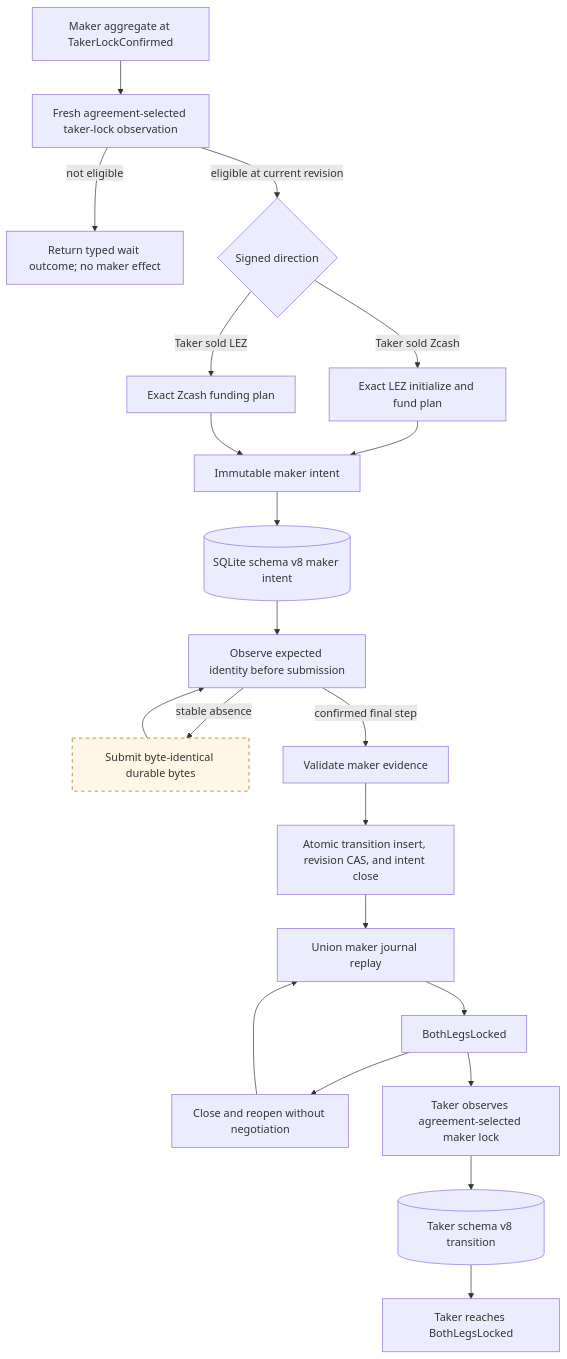
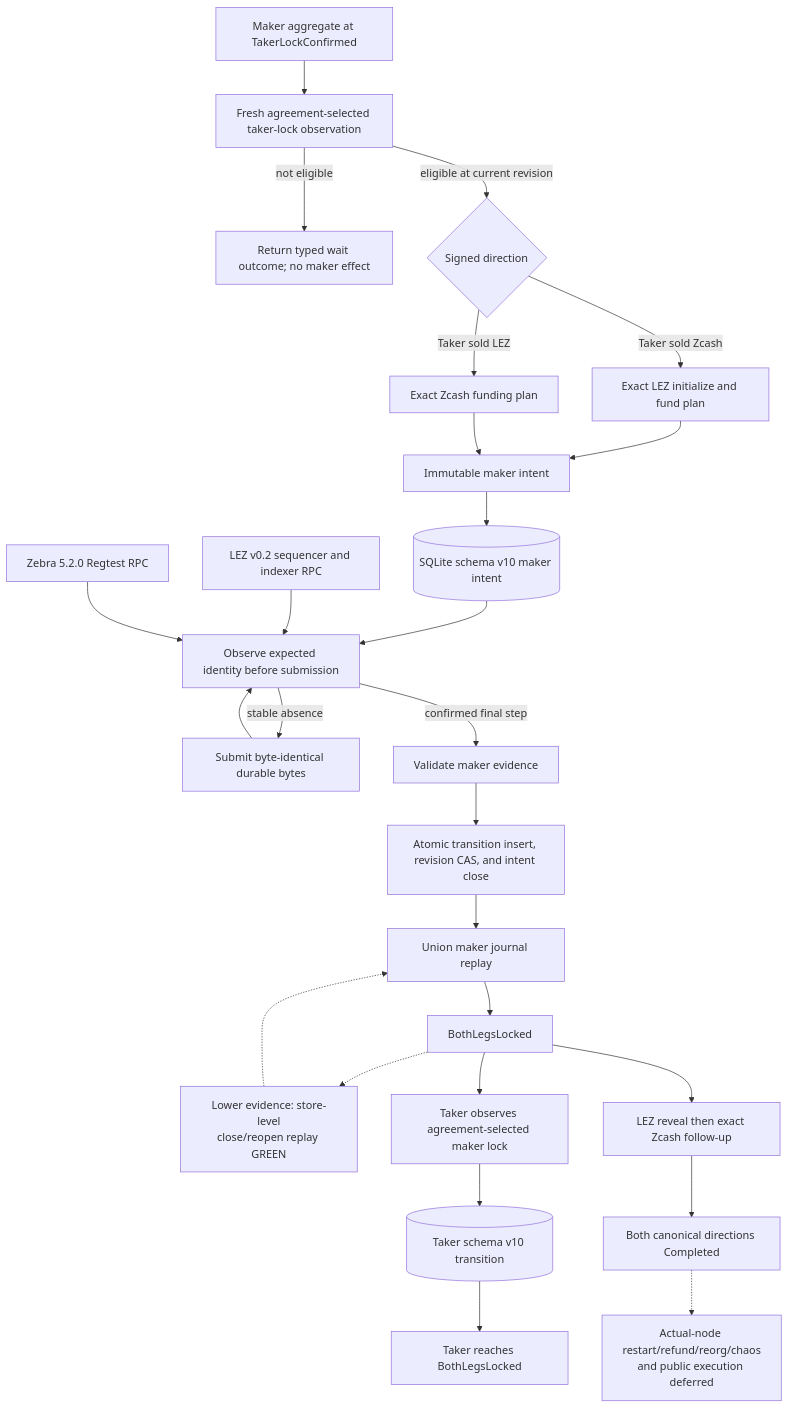
One commit to gateway-fm/lez-atomic-swaps changed the diagram in docs/architecture/0020-durable-maker-second-lock.md. Above: the diagram before and after it, drawn with Mermaid. The commit also changed other lines of this file and 12 other files, not shown here.

Commit message:
docs: reconcile M2 architecture with canonical evidence

````diff
--- a/docs/architecture/0020-durable-maker-second-lock.md
+++ b/docs/architecture/0020-durable-maker-second-lock.md
@@ -7,26 +5,29 @@
 ```mermaid
 flowchart TB
     Head["Maker aggregate at TakerLockConfirmed"] --> Fresh["Fresh agreement-selected taker-lock observation"]
     Fresh -->|"not eligible"| Wait["Return typed wait outcome; no maker effect"]
     Fresh -->|"eligible at current revision"| Plan{"Signed direction"}
-    Plan -->|"Taker sold Zcash"| Lez["Exact LEZ initialize and fund plan"]
+    Plan -->|"Taker sold Zcash"| LezPlan["Exact LEZ initialize and fund plan"]
     Plan -->|"Taker sold LEZ"| Zec["Exact Zcash funding plan"]
-    Lez --> Intent["Immutable maker intent"]
+    LezPlan --> Intent["Immutable maker intent"]
     Zec --> Intent
-    Intent --> Store[("SQLite schema v8 maker intent")]
+    Intent --> Store[("SQLite schema v10 maker intent")]
     Store --> Observe["Observe expected identity before submission"]
     Observe -->|"stable absence"| Submit["Submit byte-identical durable bytes"]
     Observe -->|"confirmed final step"| Project["Validate maker evidence"]
     Submit --> Observe
     Project --> Atomic["Atomic transition insert, revision CAS, and intent close"]
     Atomic --> Journal["Union maker journal replay"]
     Journal --> Both["BothLegsLocked"]
-    Both --> Restart["Close and reopen without negotiation"]
+    Both -.-> StoreReplay["Lower evidence: store-level<br/>close/reopen replay GREEN"]
     Both --> Remote["Taker observes agreement-selected maker lock"]
-    Remote --> TakerJournal[("Taker schema v8 transition")]
+    Remote --> TakerJournal[("Taker schema v10 transition")]
     TakerJournal --> TakerBoth["Taker reaches BothLegsLocked"]
-    Restart --> Journal
+    StoreReplay -.-> Journal
 
-    classDef planned stroke-dasharray: 5 5,fill:#fff7e6,stroke:#9a6700;
-    class Submit planned;
+    LezRpc["LEZ v0.2 sequencer and indexer RPC"] --> Observe
+    Zebra["Zebra 5.2.0 Regtest RPC"] --> Observe
+    Both --> Claim["LEZ reveal then exact Zcash follow-up"]
+    Claim --> Complete["Both canonical directions Completed"]
+    Complete -.-> Deferred["Actual-node restart/refund/reorg/chaos<br/>and public execution deferred"]
 ```
````
